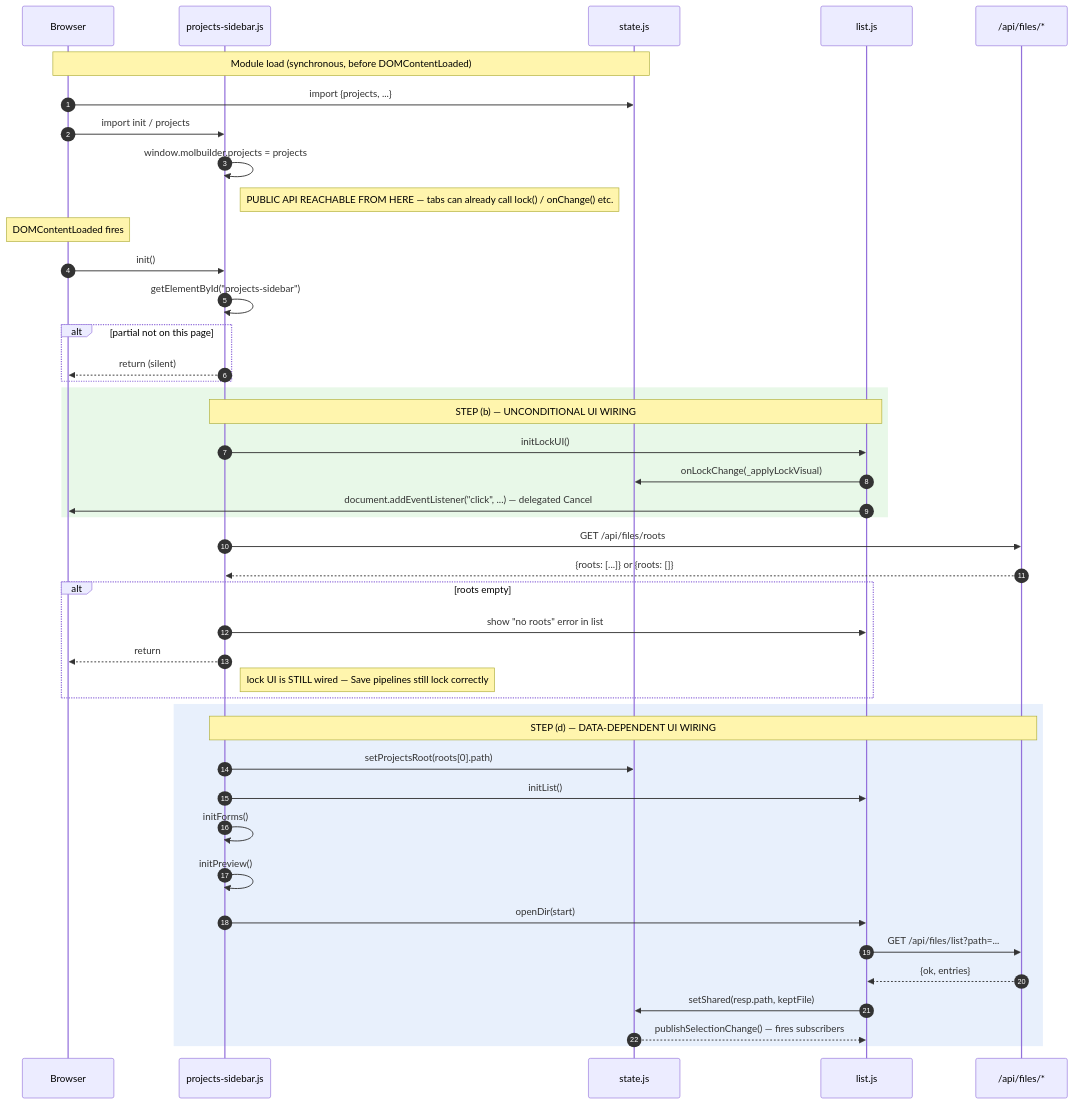
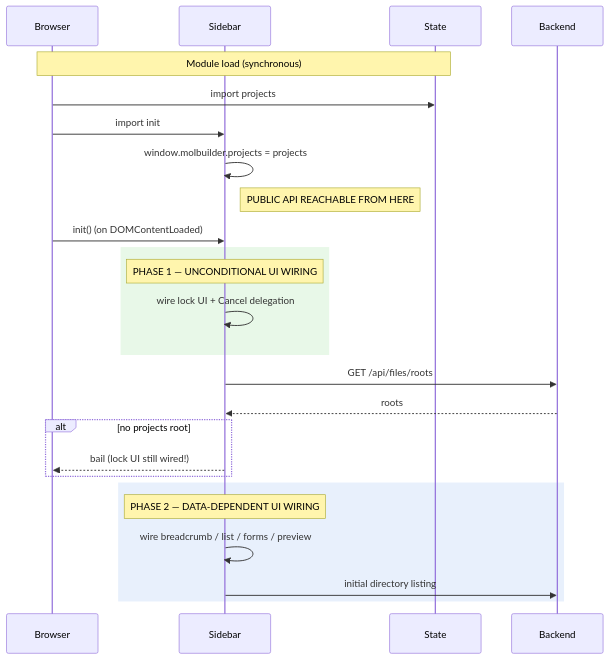
Before and after one commit to Qing-LAB/molbuilder: the fourth of 6 diagrams in docs/protocols/projects-sidebar.md, drawn with Mermaid. The commit also changed other lines of this file, not shown here.

First line of the commit message:
docs/projects-sidebar: rewrite as design-first reference

````diff
--- a/docs/protocols/projects-sidebar.md
+++ b/docs/protocols/projects-sidebar.md
@@ -208,51 +249,32 @@
 ```mermaid
 sequenceDiagram
-    autonumber
     participant Browser
-    participant Sidebar as projects-sidebar.js
-    participant State as state.js
-    participant List as list.js
-    participant Backend as /api/files/*
+    participant Sidebar
+    participant State
+    participant Backend
 
-    Note over Browser,State: Module load (synchronous, before DOMContentLoaded)
-    Browser->>State: import {projects, ...}
-    Browser->>Sidebar: import init / projects
+    Note over Browser,State: Module load (synchronous)
+    Browser->>State: import projects
+    Browser->>Sidebar: import init
     Sidebar->>Sidebar: window.molbuilder.projects = projects
-    Note right of Sidebar: PUBLIC API REACHABLE FROM HERE — tabs can already call lock() / onChange() etc.
+    Note right of Sidebar: PUBLIC API REACHABLE FROM HERE
 
-    Note over Browser: DOMContentLoaded fires
-    Browser->>Sidebar: init()
-    Sidebar->>Sidebar: getElementById("projects-sidebar")
-    alt partial not on this page
-        Sidebar-->>Browser: return (silent)
-    end
+    Browser->>Sidebar: init() (on DOMContentLoaded)
 
     rect rgb(232, 248, 232)
-    Note over Sidebar,List: STEP (b) — UNCONDITIONAL UI WIRING
-    Sidebar->>List: initLockUI()
-    List->>State: onLockChange(_applyLockVisual)
-    List->>Browser: document.addEventListener("click", ...) — delegated Cancel
+    Note over Sidebar: PHASE 1 — UNCONDITIONAL UI WIRING
+    Sidebar->>Sidebar: wire lock UI + Cancel delegation
     end
 
     Sidebar->>Backend: GET /api/files/roots
-    Backend-->>Sidebar: {roots: [...]} or {roots: []}
-
-    alt roots empty
-        Sidebar->>List: show "no roots" error in list
-        Sidebar-->>Browser: return
-        Note right of Sidebar: lock UI is STILL wired — Save pipelines still lock correctly
+    Backend-->>Sidebar: roots
+    alt no projects root
+        Sidebar-->>Browser: bail (lock UI still wired!)
     end
 
     rect rgb(232, 240, 252)
-    Note over Sidebar,Backend: STEP (d) — DATA-DEPENDENT UI WIRING
-    Sidebar->>State: setProjectsRoot(roots[0].path)
-    Sidebar->>List: initList()
-    Sidebar->>Sidebar: initForms()
-    Sidebar->>Sidebar: initPreview()
-    Sidebar->>List: openDir(start)
-    List->>Backend: GET /api/files/list?path=...
-    Backend-->>List: {ok, entries}
-    List->>State: setShared(resp.path, keptFile)
-    State-->>List: publishSelectionChange() — fires subscribers
+    Note over Sidebar: PHASE 2 — DATA-DEPENDENT UI WIRING
+    Sidebar->>Sidebar: wire breadcrumb / list / forms / preview
+    Sidebar->>Backend: initial directory listing
     end
 ```
````
